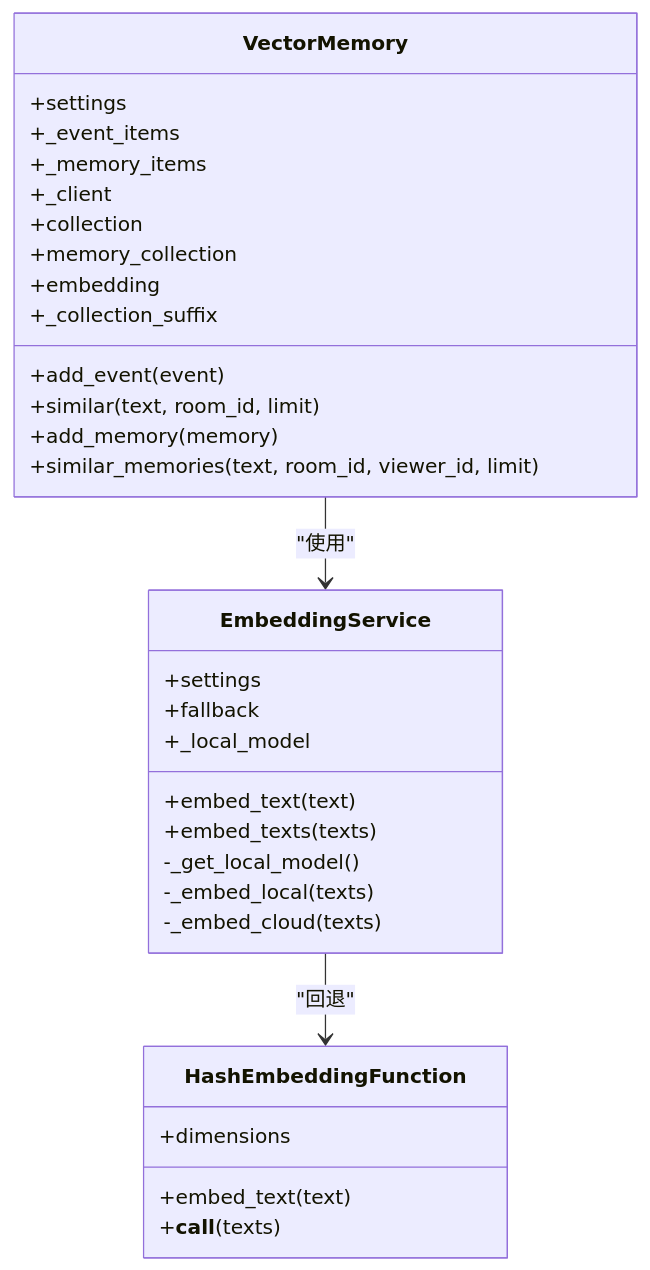
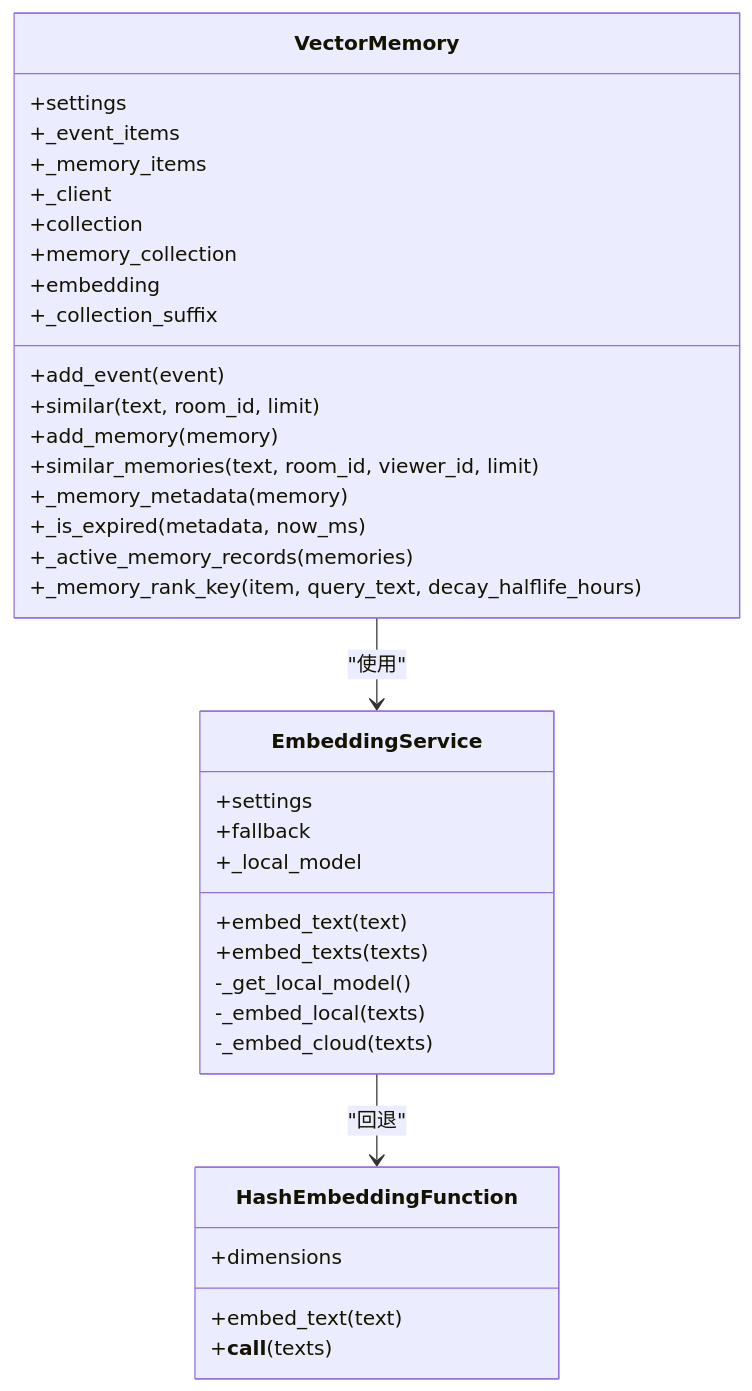
One commit to Moon-Force/DouYin_llm changed the fifth of 8 diagrams in .qoder/repowiki/zh/content/后端服务/内存管理系统/内存管理系统.md. Above: the diagram before and after it, drawn with Mermaid. The commit also changed other lines of this file and 34 other files, not shown here.

````diff
--- a/.qoder/repowiki/zh/content/后端服务/内存管理系统/内存管理系统.md
+++ b/.qoder/repowiki/zh/content/后端服务/内存管理系统/内存管理系统.md
@@ -208,34 +232,38 @@
 ```mermaid
 classDiagram
 class VectorMemory {
 +settings
 +_event_items
 +_memory_items
 +_client
 +collection
 +memory_collection
 +embedding
 +_collection_suffix
 +add_event(event)
 +similar(text, room_id, limit)
 +add_memory(memory)
 +similar_memories(text, room_id, viewer_id, limit)
++_memory_metadata(memory)
++_is_expired(metadata, now_ms)
++_active_memory_records(memories)
++_memory_rank_key(item, query_text, decay_halflife_hours)
 }
 class HashEmbeddingFunction {
 +dimensions
 +embed_text(text)
 +__call__(texts)
 }
 class EmbeddingService {
 +settings
 +fallback
 +_local_model
 +embed_text(text)
 +embed_texts(texts)
 -_get_local_model()
 -_embed_local(texts)
 -_embed_cloud(texts)
 }
 VectorMemory --> EmbeddingService : "使用"
 EmbeddingService --> HashEmbeddingFunction : "回退"
 ```
````
